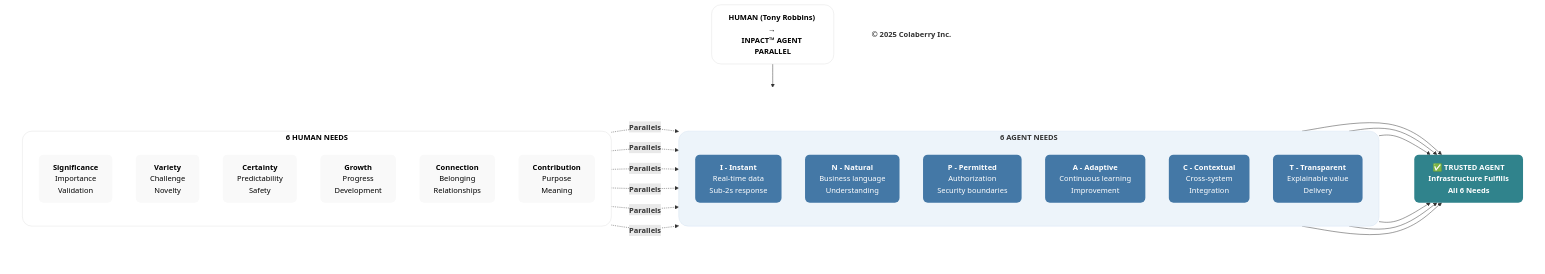
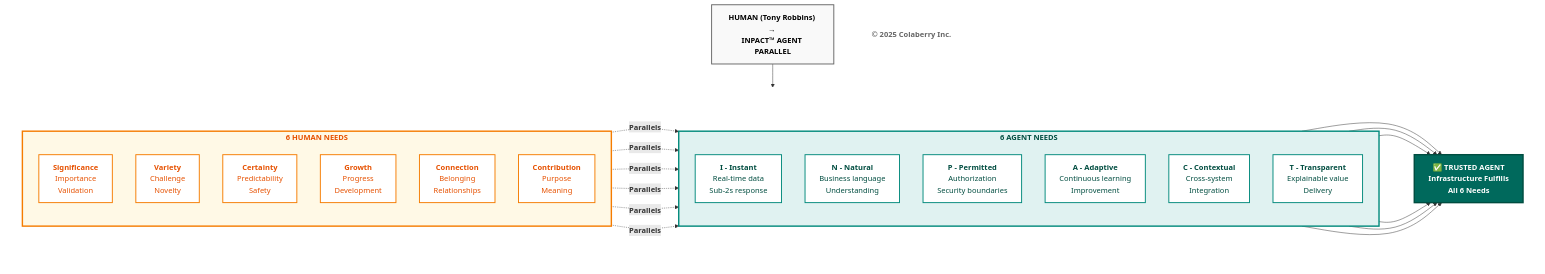
One commit to saitejesh-cyber/trust-before-intelligence-book changed the third of 12 diagrams in manuscript/03_chapter_2_inpact_framework.md. Above: the diagram before and after it, drawn with Mermaid. The commit also changed other lines of this file and 12 other files, not shown here.

Commit message:
Restore legacy Mermaid styles for Option 1

````diff
--- a/manuscript/03_chapter_2_inpact_framework.md
+++ b/manuscript/03_chapter_2_inpact_framework.md
@@ -125,76 +125,72 @@
 ```mermaid
 graph TB
     TITLE["<b>HUMAN (Tony Robbins) → <br/>INPACT™ AGENT PARALLEL</b>"]
     
     TITLE --> ROW
     
     subgraph ROW[" "]
         direction LR
         
         subgraph HUMAN["<b>6 HUMAN NEEDS </b>"]
             direction TB
             H1["<b>Significance</b><br/>Importance<br/>Validation"]
             H2["<b>Variety</b><br/>Challenge<br/>Novelty"]
             H3["<b>Certainty</b><br/>Predictability<br/>Safety"]
             H4["<b>Growth</b><br/>Progress<br/>Development"]
             H5["<b>Connection</b><br/>Belonging<br/>Relationships"]
             H6["<b>Contribution</b><br/>Purpose<br/>Meaning"]
         end
         
         subgraph AGENT["<b>6 AGENT NEEDS</b>"]
             direction TB
             A1["<b>I - Instant</b><br/>Real-time data<br/>Sub-2s response"]
             A2["<b>N - Natural</b><br/>Business language<br/>Understanding"]
             A3["<b>P - Permitted</b><br/>Authorization<br/>Security boundaries"]
             A4["<b>A - Adaptive</b><br/>Continuous learning<br/>Improvement"]
             A5["<b>C - Contextual</b><br/>Cross-system<br/>Integration"]
             A6["<b>T - Transparent</b><br/>Explainable value<br/>Delivery"]
         end
         
         TRUST["<b>✅ TRUSTED AGENT</b><br/><b>Infrastructure Fulfills <br/>All 6 Needs</b>"]
         
         H1 -.->|<b>Parallels</b>| A1
         H2 -.->|<b>Parallels</b>| A2
         H3 -.->|<b>Parallels</b>| A3
         H4 -.->|<b>Parallels</b>| A4
         H5 -.->|<b>Parallels</b>| A5
         H6 -.->|<b>Parallels</b>| A6
         
         A1 --> TRUST
         A2 --> TRUST
         A3 --> TRUST
         A4 --> TRUST
         A5 --> TRUST
         A6 --> TRUST
     end
     
     COPYRIGHT["<b>© 2025 Colaberry Inc.</b>"]
     
-    %% TITLE — NEUTRAL / CONTEXT
-    style TITLE fill:#ffffff,stroke:#e0e0e0,stroke-width:1px,color:#000000,rx:20,ry:20
-    style ROW fill:none,stroke:none
+    style TITLE fill:#f9f9f9,stroke:#666666,stroke-width:2px,color:#000000
     
-    %% 🟠 HUMAN NEEDS — POSITIVE MOTIVATION (NOT FAILURE)
-        style HUMAN fill:#ffffff,stroke:#e0e0e0,stroke-width:1px,color:#000000,rx:20,ry:20
-        style H1 fill:#f9f9f9,stroke:none,color:#000000,rx:10,ry:10
-        style H2 fill:#f9f9f9,stroke:none,color:#000000,rx:10,ry:10
-        style H3 fill:#f9f9f9,stroke:none,color:#000000,rx:10,ry:10
-        style H4 fill:#f9f9f9,stroke:none,color:#000000,rx:10,ry:10
-        style H5 fill:#f9f9f9,stroke:none,color:#000000,rx:10,ry:10
-        style H6 fill:#f9f9f9,stroke:none,color:#000000,rx:10,ry:10
+    style ROW fill:#ffffff,stroke:none
     
-    %% 🔵 AGENT NEEDS — TRANSFORMATION / BECOMING
-        style AGENT fill:#edf4fa,stroke:#d6e4f2,stroke-width:1px,color:#333333,rx:20,ry:20
-        style A1 fill:#4478A6,stroke:none,color:#ffffff,rx:10,ry:10
-        style A2 fill:#4478A6,stroke:none,color:#ffffff,rx:10,ry:10
-        style A3 fill:#4478A6,stroke:none,color:#ffffff,rx:10,ry:10
-        style A4 fill:#4478A6,stroke:none,color:#ffffff,rx:10,ry:10
-        style A5 fill:#4478A6,stroke:none,color:#ffffff,rx:10,ry:10
-        style A6 fill:#4478A6,stroke:none,color:#ffffff,rx:10,ry:10
+    style HUMAN fill:#fff9e6,stroke:#f57c00,stroke-width:3px,color:#e65100
+    style H1 fill:#ffffff,stroke:#f57c00,stroke-width:2px,color:#e65100
+    style H2 fill:#ffffff,stroke:#f57c00,stroke-width:2px,color:#e65100
+    style H3 fill:#ffffff,stroke:#f57c00,stroke-width:2px,color:#e65100
+    style H4 fill:#ffffff,stroke:#f57c00,stroke-width:2px,color:#e65100
+    style H5 fill:#ffffff,stroke:#f57c00,stroke-width:2px,color:#e65100
+    style H6 fill:#ffffff,stroke:#f57c00,stroke-width:2px,color:#e65100
     
-    %% 🟢 TRUSTED AGENT — OUTCOME
-            style TRUST fill:#30838C,stroke:none,color:#ffffff,rx:10,ry:10
+    style AGENT fill:#e0f2f1,stroke:#00897b,stroke-width:3px,color:#004d40
+    style A1 fill:#ffffff,stroke:#00897b,stroke-width:2px,color:#004d40
+    style A2 fill:#ffffff,stroke:#00897b,stroke-width:2px,color:#004d40
+    style A3 fill:#ffffff,stroke:#00897b,stroke-width:2px,color:#004d40
+    style A4 fill:#ffffff,stroke:#00897b,stroke-width:2px,color:#004d40
+    style A5 fill:#ffffff,stroke:#00897b,stroke-width:2px,color:#004d40
+    style A6 fill:#ffffff,stroke:#00897b,stroke-width:2px,color:#004d40
     
-    %% FOOTER
-    style COPYRIGHT fill:none,stroke:none,color:#333333
+    style TRUST fill:#00695c,color:#ffffff,stroke:#004d40,stroke-width:3px
+    
+    style COPYRIGHT fill:#ffffff,stroke:none,color:#666666
 ```
````
